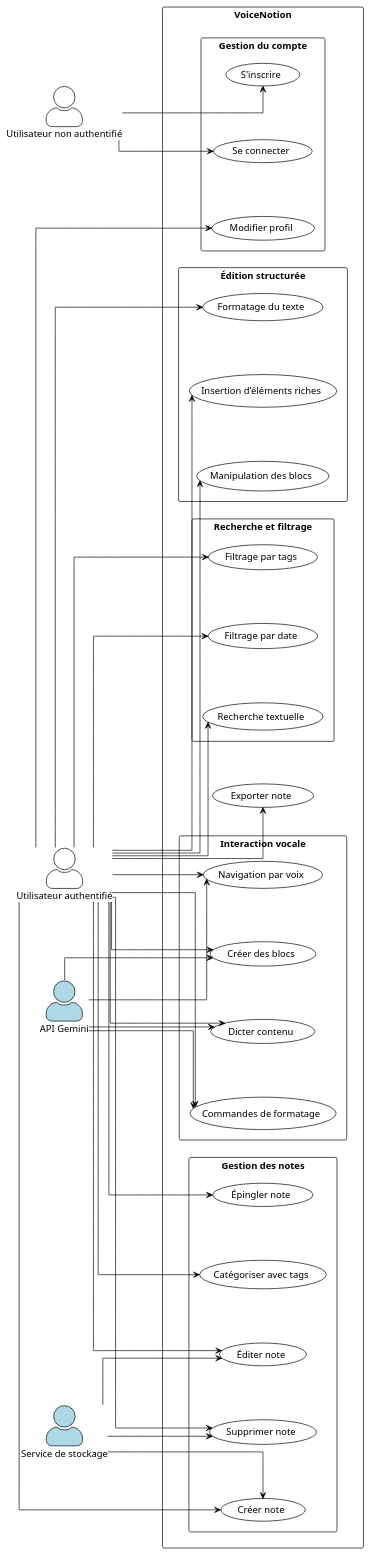
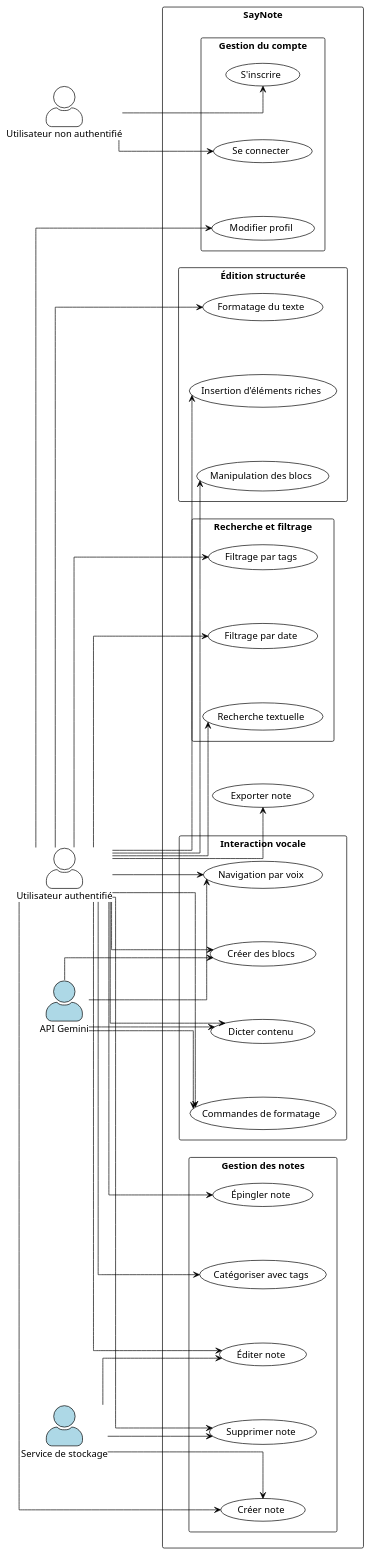
One commit to Ayoub-sadaoui/say-note-documentation changed the diagram in temp/voicenotion_use_case_updated.puml. Above: the diagram before and after it, drawn with PlantUML. The commit also changed 40 other files, not shown here.

```diff
--- a/temp/voicenotion_use_case_updated.puml
+++ b/temp/voicenotion_use_case_updated.puml
@@ -1,98 +1,98 @@
-@startuml VoiceNotion Use Case Diagram
+@startuml SayNote Use Case Diagram
 !theme plain
 skinparam packageStyle rectangle
 skinparam shadowing false
 skinparam handwritten false
 skinparam actorStyle awesome
 skinparam linetype ortho
 skinparam nodesep 80
 skinparam ranksep 100
 
 ' Define a more vertical layout
 left to right direction
 
 ' Actors
 actor "Utilisateur non authentifié" as UnauthUser
 actor "Utilisateur authentifié" as AuthUser
 actor "API Gemini" as GeminiAPI #lightblue
 actor "Service de stockage" as StorageService #lightblue
 
 ' Draw packages with modifications for vertical layout
-rectangle "VoiceNotion" {
+rectangle "SayNote" {
   ' Account Management
   package "Gestion du compte" {
     usecase "S'inscrire" as Register
     usecase "Se connecter" as Login
     usecase "Modifier profil" as EditProfile
   }
   
   ' Note Management - Removed folder references
   package "Gestion des notes" {
     usecase "Créer note" as CreateNote
     usecase "Éditer note" as EditNote
     usecase "Supprimer note" as DeleteNote
     usecase "Catégoriser avec tags" as OrganizeTags
     usecase "Épingler note" as PinNote
   }
   
   ' Voice Interaction
   package "Interaction vocale" {
     usecase "Dicter contenu" as DictateContent
     usecase "Commandes de formatage" as FormatCommands
     usecase "Navigation par voix" as VoiceNavigation
     usecase "Créer des blocs" as CreateBlocks
   }
   
   ' Structured Editing
   package "Édition structurée" {
     usecase "Manipulation des blocs" as ManipulateBlocks
     usecase "Formatage du texte" as FormatText
     usecase "Insertion d'éléments riches" as InsertRichElements
   }
   
   ' Search and Filter
   package "Recherche et filtrage" {
     usecase "Recherche textuelle" as TextSearch
     usecase "Filtrage par tags" as FilterByTags
     usecase "Filtrage par date" as FilterByDate
   }
   
   ' Export - Removed sharing and collaboration package, kept only export
   usecase "Exporter note" as ExportNote
 }
 
 ' Relationships - Unauthenticated User
 UnauthUser --> Register
 UnauthUser --> Login
 
 ' Relationships - Authenticated User
 AuthUser --> EditProfile
 AuthUser --> CreateNote
 AuthUser --> EditNote
 AuthUser --> DeleteNote
 AuthUser --> OrganizeTags
 AuthUser --> PinNote
 AuthUser --> DictateContent
 AuthUser --> FormatCommands
 AuthUser --> VoiceNavigation
 AuthUser --> CreateBlocks
 AuthUser --> ManipulateBlocks
 AuthUser --> FormatText
 AuthUser --> InsertRichElements
 AuthUser --> TextSearch
 AuthUser --> FilterByTags
 AuthUser --> FilterByDate
 AuthUser --> ExportNote
 
 ' Relationships - Gemini API
 GeminiAPI --> DictateContent
 GeminiAPI --> FormatCommands
 GeminiAPI --> VoiceNavigation
 GeminiAPI --> CreateBlocks
 
 ' Relationships - Storage Service
 StorageService --> CreateNote
 StorageService --> EditNote
 StorageService --> DeleteNote
 
 @enduml 
```
